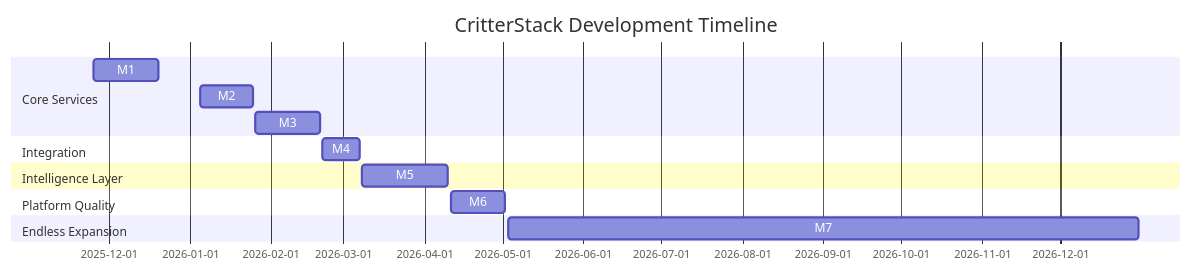
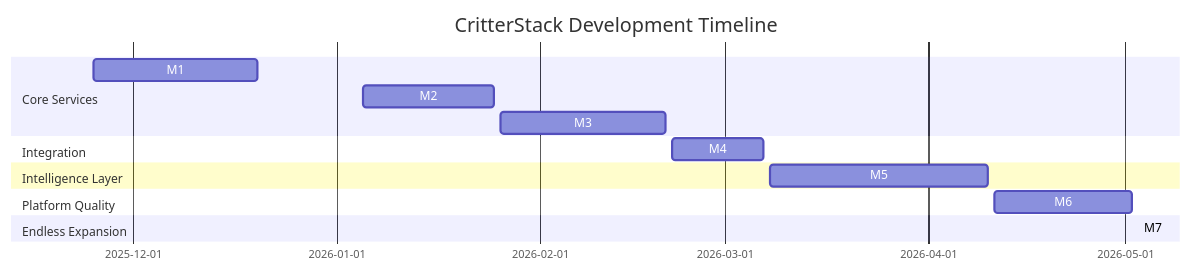
The second of 2 diagrams in README.md (ElleWhitePB/CritterStack), drawn with Mermaid before and after one commit.

````diff
--- a/README.md
+++ b/README.md
@@ -290,22 +290,22 @@
 ```mermaid
 gantt
     title CritterStack Development Timeline
     dateFormat  YYYY-MM-DD
 
     section Core Services
     M1: Creature Service MVP     :m1, 2025-11-25, 2025-12-20
     M2: Biome Service MVP        :m2, 2026-01-05, 2026-01-25
     M3: Event Service MVP        :m3, 2026-01-26, 2026-02-20
 
     section Integration
     M4: API Gateway MVP          :m4, 2026-02-21, 2026-03-07
 
     section Intelligence Layer
     M5: Evolution Engine         :m5, 2026-03-08, 2026-04-10
 
     section Platform Quality
     M6: Observability & CI       :m6, 2026-04-11, 2026-05-02
 
     section Endless Expansion
-    M7: Optional Fun Zone        :m7, 2026-05-03, 2026-12-31
+    M7: Optional Fun Zone        :m7, 2026-05-03, 2026-06-31
 ```
````
